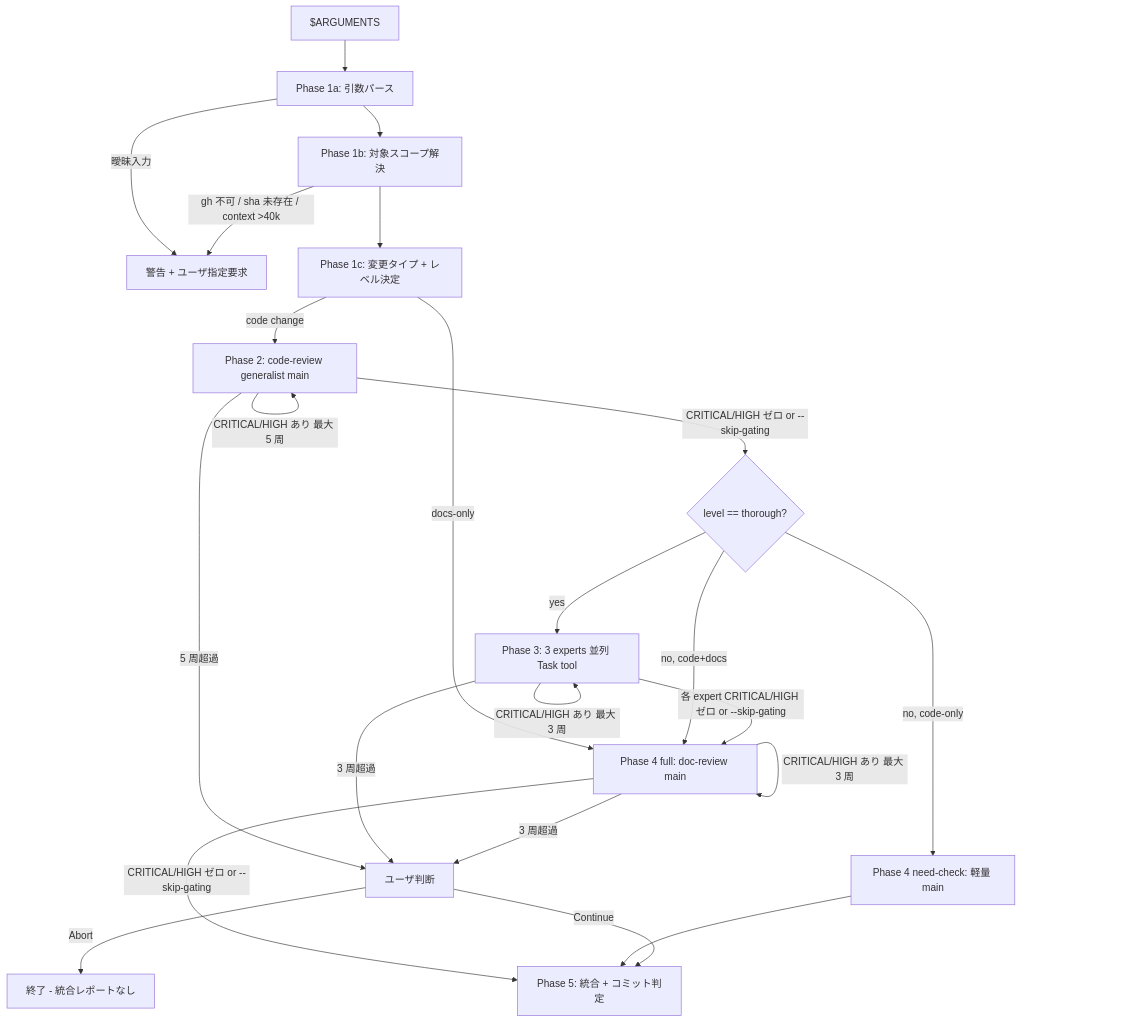
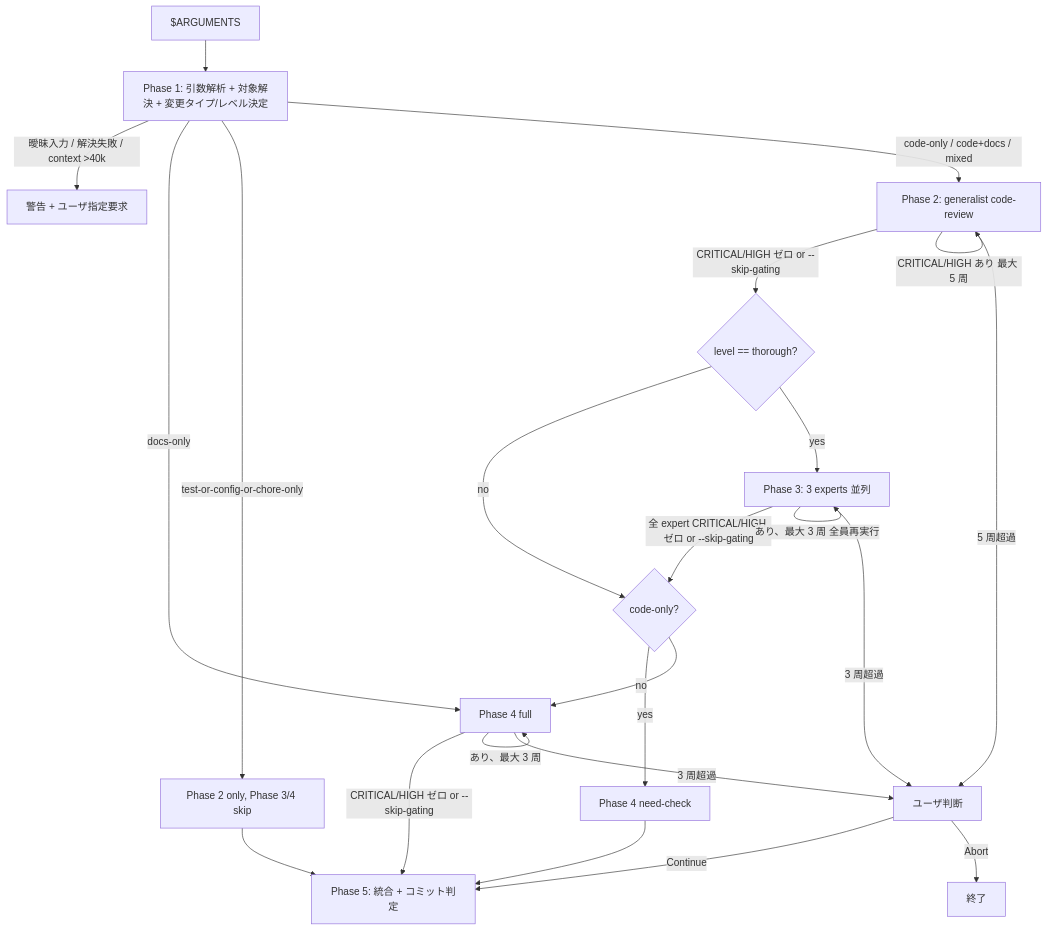
One commit to koumatsumoto/agent-config changed the diagram in templates/skills/review/SKILL.md. Above: the diagram before and after it, drawn with Mermaid. The commit also changed other lines of this file and 18 other files, not shown here.

First line of the commit message:
fixup(skills): apply ultrathink review findings (paths, phase naming, iso-25010 dedup)

````diff
--- a/templates/skills/review/SKILL.md
+++ b/templates/skills/review/SKILL.md
@@ -213,25 +229,25 @@
 ```mermaid
 flowchart TD
-  Args[$ARGUMENTS] --> P1a[Phase 1a: 引数パース]
-  P1a -->|曖昧入力| Err[警告 + ユーザ指定要求]
-  P1a --> P1b[Phase 1b: 対象スコープ解決]
-  P1b -->|gh 不可 / sha 未存在 / context >40k| Err
-  P1b --> P1c[Phase 1c: 変更タイプ + レベル決定]
-  P1c -->|docs-only| P4full[Phase 4 full: doc-review main]
-  P1c -->|code change| P2[Phase 2: code-review generalist main]
+  Args[$ARGUMENTS] --> P1[Phase 1: 引数解析 + 対象解決 + 変更タイプ/レベル決定]
+  P1 -->|曖昧入力 / 解決失敗 / context >40k| Err[警告 + ユーザ指定要求]
+  P1 -->|docs-only| P4full[Phase 4 full]
+  P1 -->|test-or-config-or-chore-only| P2tc[Phase 2 only, Phase 3/4 skip]
+  P1 -->|code-only / code+docs / mixed| P2[Phase 2: generalist code-review]
   P2 -->|CRITICAL/HIGH ゼロ or --skip-gating| P3decide{level == thorough?}
   P2 -->|CRITICAL/HIGH あり 最大 5 周| P2
   P2 -->|5 周超過| UserJudge[ユーザ判断]
-  P3decide -->|yes| P3[Phase 3: 3 experts 並列 Task tool]
-  P3decide -->|no, code-only| P4check[Phase 4 need-check: 軽量 main]
-  P3decide -->|no, code+docs| P4full
-  P3 -->|各 expert CRITICAL/HIGH ゼロ or --skip-gating| P4full
-  P3 -->|CRITICAL/HIGH あり 最大 3 周| P3
+  P3decide -->|no| P4route{code-only?}
+  P3decide -->|yes| P3[Phase 3: 3 experts 並列]
+  P3 -->|全 expert CRITICAL/HIGH ゼロ or --skip-gating| P4route
+  P3 -->|あり、最大 3 周 全員再実行| P3
   P3 -->|3 周超過| UserJudge
+  P4route -->|yes| P4check[Phase 4 need-check]
+  P4route -->|no| P4full
   P4full -->|CRITICAL/HIGH ゼロ or --skip-gating| P5[Phase 5: 統合 + コミット判定]
-  P4full -->|CRITICAL/HIGH あり 最大 3 周| P4full
+  P4full -->|あり、最大 3 周| P4full
   P4full -->|3 周超過| UserJudge
   P4check --> P5
+  P2tc --> P5
   UserJudge -->|Continue| P5
-  UserJudge -->|Abort| End[終了 - 統合レポートなし]
+  UserJudge -->|Abort| End[終了]
 ```
````
